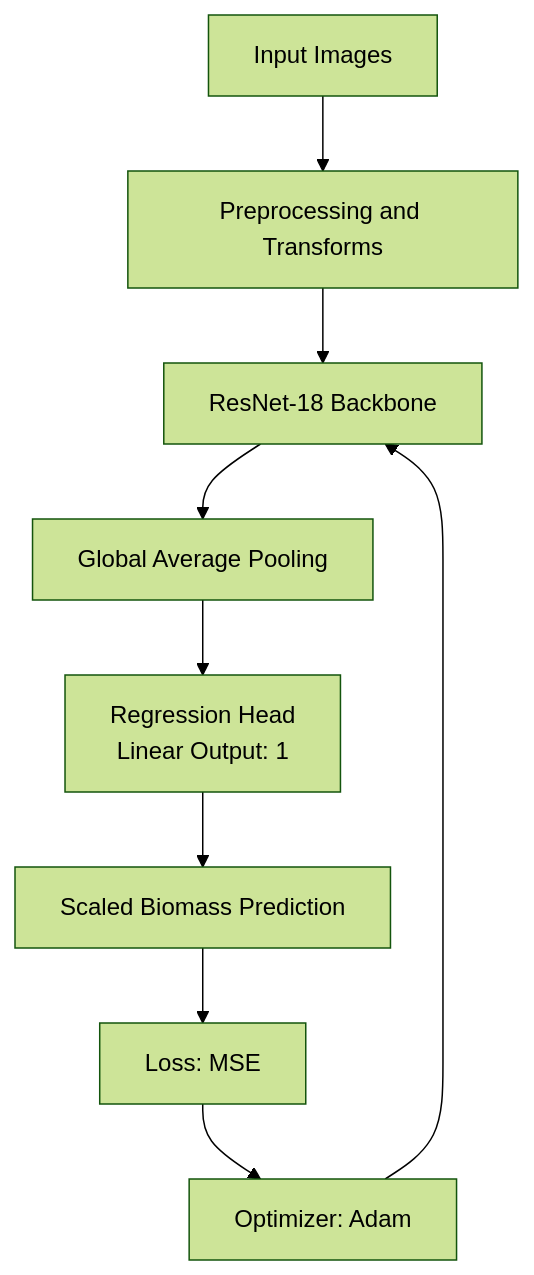
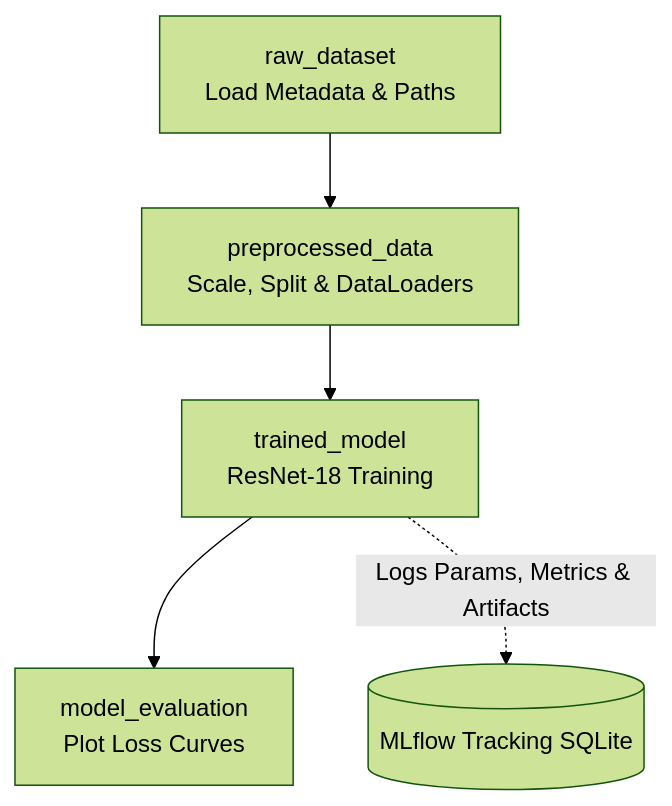
The diagram in README.md (benginsternas/plant-biomass-mlops), drawn with Mermaid (forest theme) before and after one commit. The commit also changed other lines of this file, not shown here.

Commit message:
docs: update README with dagster architecture and setup instructions

````diff
--- a/README.md
+++ b/README.md
@@ -69,12 +16,8 @@
 ```mermaid
 graph TD
-    A[Input Images] --> B[Preprocessing and Transforms]
-    B --> C[ResNet-18 Backbone]
-    C --> D[Global Average Pooling]
-    D --> E[Regression Head<br/>Linear Output: 1]
-    E --> F[Scaled Biomass Prediction]
-
-    F --> G[Loss: MSE]
-    G --> H[Optimizer: Adam]
-    H --> C
+    A[raw_dataset<br/>Load Metadata & Paths] --> B[preprocessed_data<br/>Scale, Split & DataLoaders]
+    B --> C[trained_model<br/>ResNet-18 Training]
+    C --> D[model_evaluation<br/>Plot Loss Curves]
+    
+    C -.-> |Logs Params, Metrics & Artifacts| E[(MLflow Tracking SQLite)]
 ```
````
